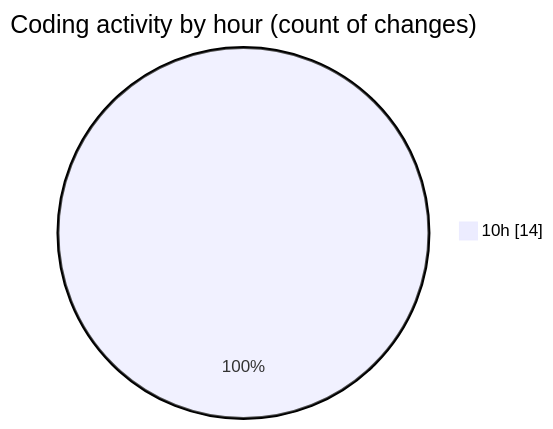
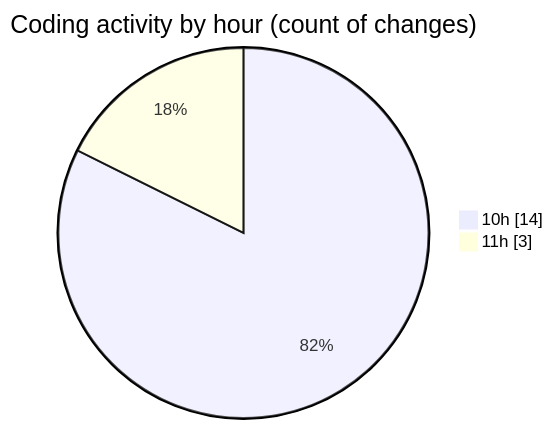
One commit to robertbonfada/code-tracking changed the second of 2 diagrams in 2025-01-10/primeiro-site/README.md. Above: the diagram before and after it, drawn with Mermaid. The commit also changed other lines of this file and 1 other file, not shown here.

````diff
--- a/2025-01-10/primeiro-site/README.md
+++ b/2025-01-10/primeiro-site/README.md
@@ -31,5 +31,6 @@
 ```mermaid
 pie showData
 title Coding activity by hour (count of changes)
 "10h" : 14
+"11h" : 3
 ```
````
